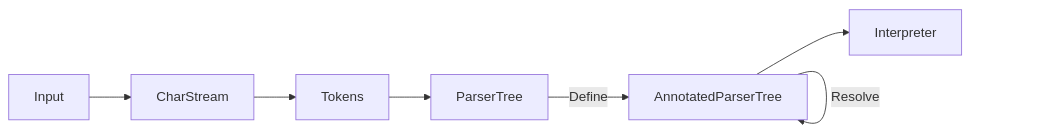
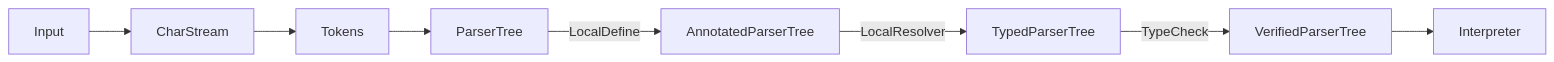
The first of 5 diagrams in ep19/Design.md (whtoo/How_to_implment_PL_in_Antlr4), drawn with Mermaid before and after one commit. The commit also changed other lines of this file, not shown here.

````diff
--- a/ep19/Design.md
+++ b/ep19/Design.md
@@ -7,9 +9,10 @@
 ``` mermaid
-    flowchart LR
-        Input --> CharStream 
-        CharStream --> Tokens 
-        Tokens --> ParserTree
-        ParserTree --Define--> AnnotatedParserTree
-        AnnotatedParserTree --Resolve--> AnnotatedParserTree 
-        AnnotatedParserTree --> Interpreter
+flowchart LR
+    Input --> CharStream 
+    CharStream --> Tokens 
+    Tokens --> ParserTree
+    ParserTree --LocalDefine--> AnnotatedParserTree
+    AnnotatedParserTree --LocalResolver--> TypedParserTree 
+    TypedParserTree --TypeCheck--> VerifiedParserTree
+    VerifiedParserTree --> Interpreter
 ```
````
